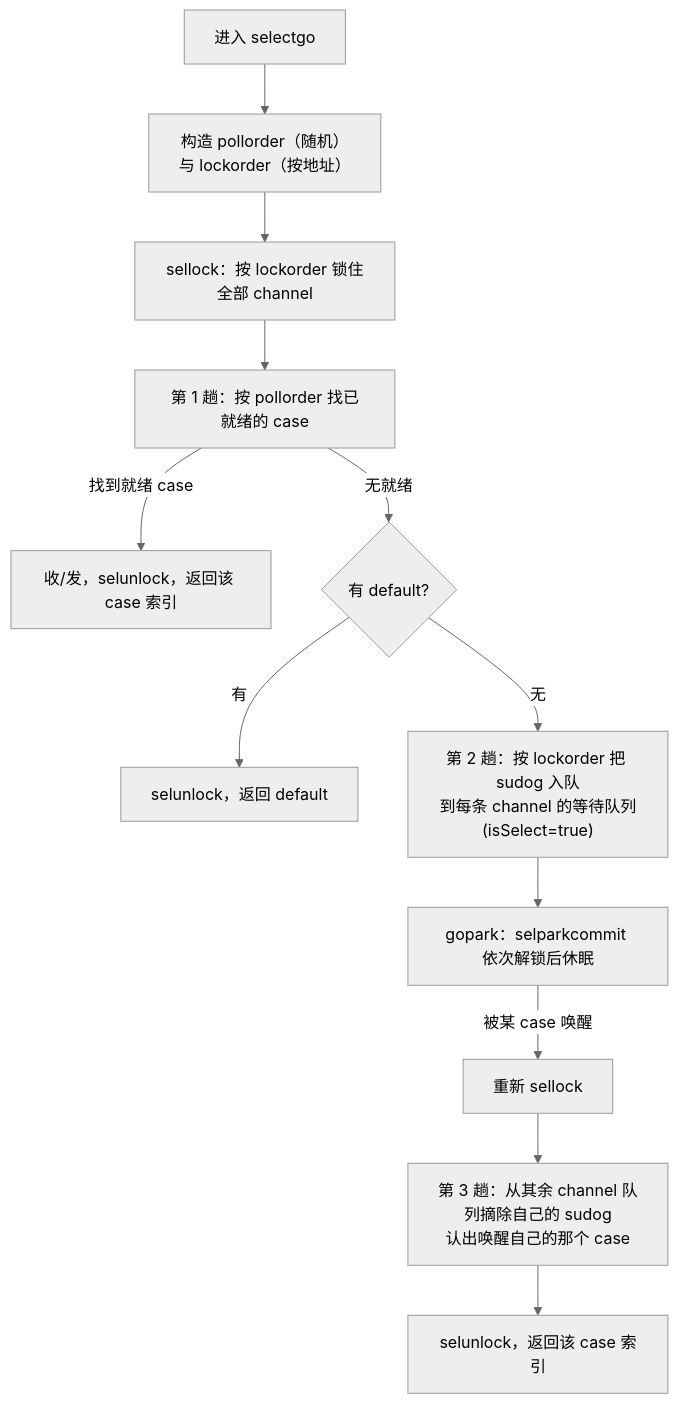
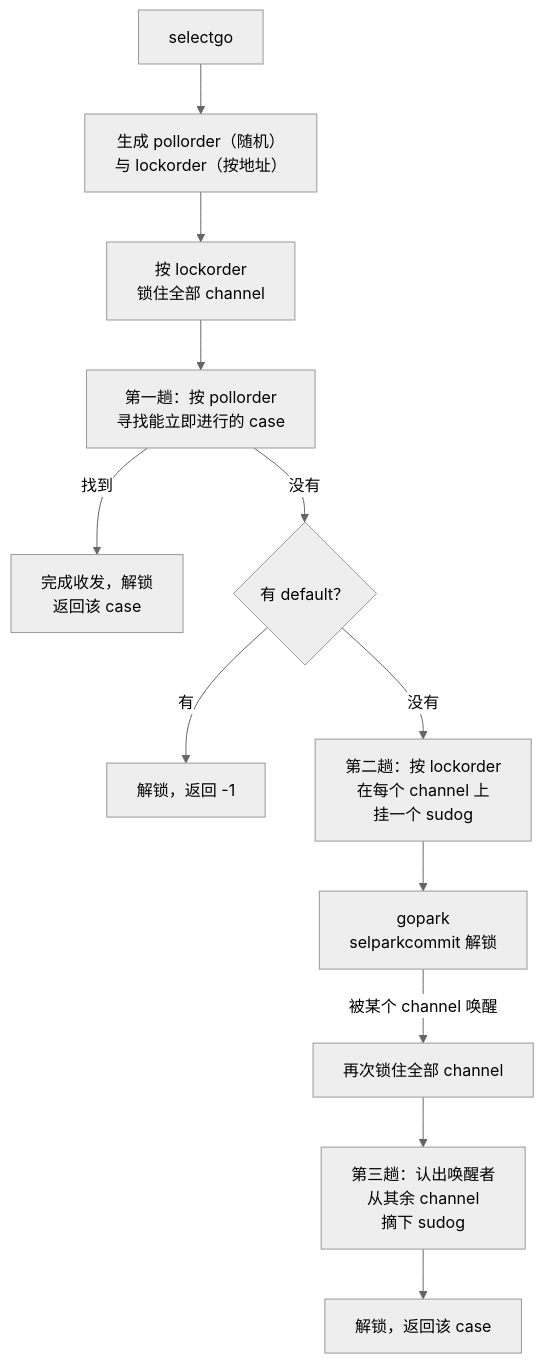
One commit to golang-design/under-the-hood changed the diagram in book/zh-cn/part3concurrency/ch10chan/select.md. Above: the diagram before and after it, drawn with Mermaid (neutral theme). The commit also changed other lines of this file and 7 other files, not shown here.

````diff
--- a/book/zh-cn/part3concurrency/ch10chan/select.md
+++ b/book/zh-cn/part3concurrency/ch10chan/select.md
@@ -181,14 +282,14 @@
 ```mermaid
 flowchart TD
-    START["进入 selectgo"] --> BUILD["构造 pollorder（随机）<br/>与 lockorder（按地址）"]
-    BUILD --> LOCK["sellock：按 lockorder 锁住全部 channel"]
-    LOCK --> P1["第 1 趟：按 pollorder 找已就绪的 case"]
-    P1 -->|找到就绪 case| DO["收/发，selunlock，返回该 case 索引"]
-    P1 -->|无就绪| HASDEF{有 default?}
-    HASDEF -->|有| DEF["selunlock，返回 default"]
-    HASDEF -->|无| P2["第 2 趟：按 lockorder 把 sudog 入队<br/>到每条 channel 的等待队列<br/>(isSelect=true)"]
-    P2 --> PARK["gopark：selparkcommit 依次解锁后休眠"]
-    PARK -->|被某 case 唤醒| RELOCK["重新 sellock"]
-    RELOCK --> P3["第 3 趟：从其余 channel 队列摘除自己的 sudog<br/>认出唤醒自己的那个 case"]
-    P3 --> DO2["selunlock，返回该 case 索引"]
+    START["selectgo"] --> BUILD["生成 pollorder（随机）<br/>与 lockorder（按地址）"]
+    BUILD --> LOCK["按 lockorder<br/>锁住全部 channel"]
+    LOCK --> P1["第一趟：按 pollorder<br/>寻找能立即进行的 case"]
+    P1 -->|找到| DO["完成收发，解锁<br/>返回该 case"]
+    P1 -->|没有| HASDEF{"有 default？"}
+    HASDEF -->|有| DEF["解锁，返回 -1"]
+    HASDEF -->|没有| P2["第二趟：按 lockorder<br/>在每个 channel 上<br/>挂一个 sudog"]
+    P2 --> PARK["gopark<br/>selparkcommit 解锁"]
+    PARK -->|被某个 channel 唤醒| RELOCK["再次锁住全部 channel"]
+    RELOCK --> P3["第三趟：认出唤醒者<br/>从其余 channel<br/>摘下 sudog"]
+    P3 --> DO2["解锁，返回该 case"]
 ```
````
